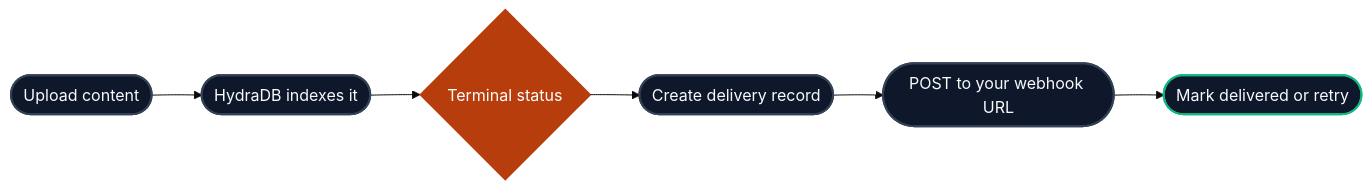
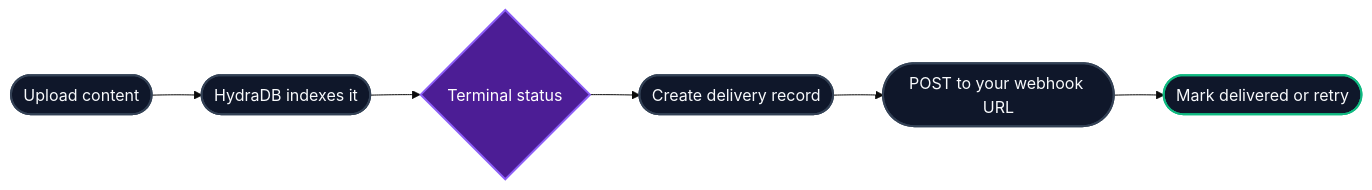
One commit to hydra-db/mintlify-docs changed the diagram in essentials/webhooks.mdx. Above: the diagram before and after it, drawn with Mermaid (base theme). The commit also changed other lines of this file and 95 other files, not shown here.

````diff
--- a/essentials/webhooks.mdx
+++ b/essentials/webhooks.mdx
@@ -27,15 +25,15 @@
 ```mermaid
 flowchart LR
   A([Upload content]) --> B([HydraDB indexes it])
   B --> C{Terminal status}
   C --> D([Create delivery record])
   D --> E([POST to your webhook URL])
   E --> F([Mark delivered or retry])
 
   style A fill:#0f172a,stroke:#334155,stroke-width:2px,color:#f8fafc
   style B fill:#0f172a,stroke:#334155,stroke-width:2px,color:#f8fafc
-  style C fill:#b83d0d,stroke:#b83d0d,stroke-width:2px,color:#ffffff
+  style C fill:#4c1d95,stroke:#8b5cf6,stroke-width:2px,color:#ffffff
   style D fill:#0f172a,stroke:#334155,stroke-width:2px,color:#f8fafc
   style E fill:#0f172a,stroke:#334155,stroke-width:2px,color:#f8fafc
   style F fill:#0f172a,stroke:#10b981,stroke-width:2px,color:#f8fafc
 ```
````
